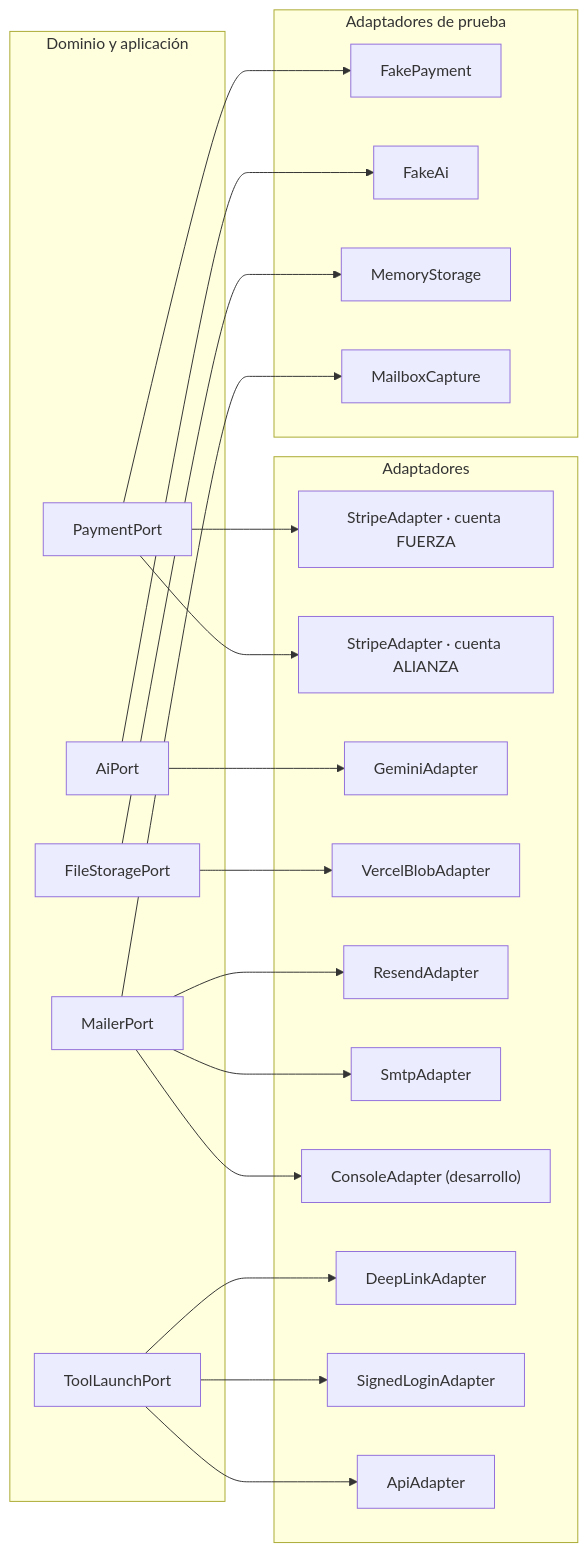
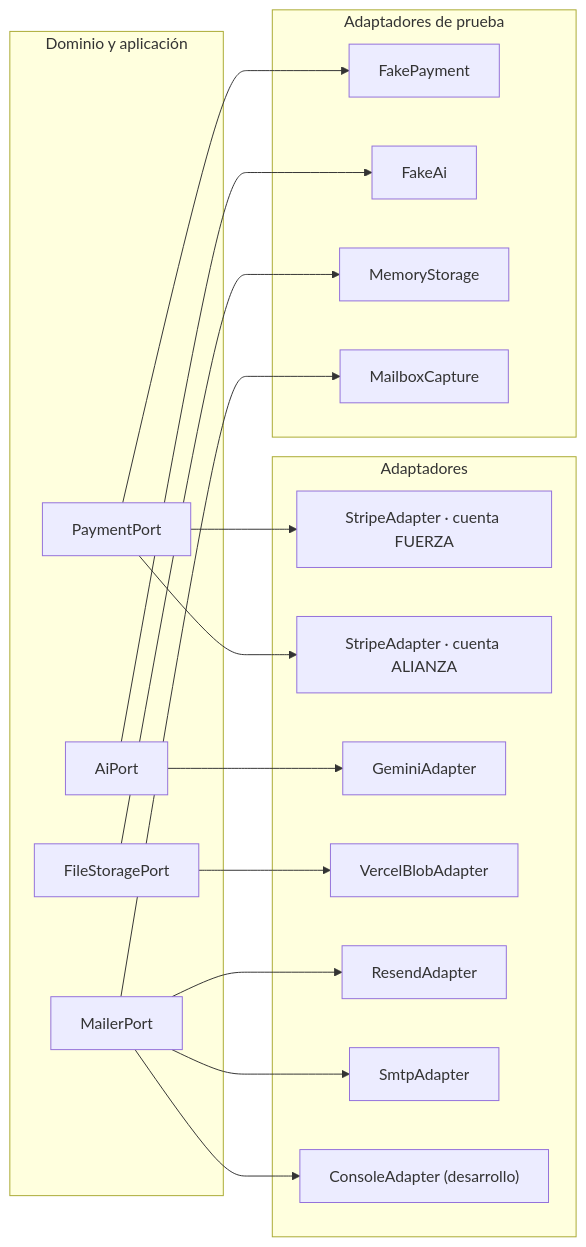
Before and after one commit to Alianza-Indigo/fuerza_indigo: the diagram in docs/INTEGRATIONS.md, drawn with Mermaid. The commit also changed other lines of this file and 63 other files, not shown here.

````diff
--- a/docs/INTEGRATIONS.md
+++ b/docs/INTEGRATIONS.md
@@ -11,33 +11,28 @@
 ```mermaid
 flowchart LR
     subgraph DOM["Dominio y aplicación"]
         PP["PaymentPort"]
         AP["AiPort"]
         FP["FileStoragePort"]
         MP["MailerPort"]
-        TP["ToolLaunchPort"]
     end
     subgraph ADP["Adaptadores"]
         S1["StripeAdapter · cuenta FUERZA"]
         S2["StripeAdapter · cuenta ALIANZA"]
         G1["GeminiAdapter"]
         B1["VercelBlobAdapter"]
         M1["ResendAdapter"]
         M2["SmtpAdapter"]
         M3["ConsoleAdapter (desarrollo)"]
-        T1["DeepLinkAdapter"]
-        T2["SignedLoginAdapter"]
-        T3["ApiAdapter"]
     end
     subgraph FAKE["Adaptadores de prueba"]
         F1["FakePayment"]
         F2["FakeAi"]
         F3["MemoryStorage"]
         F4["MailboxCapture"]
     end
     PP --> S1 & S2 & F1
     AP --> G1 & F2
     FP --> B1 & F3
     MP --> M1 & M2 & M3 & F4
-    TP --> T1 & T2 & T3
 ```
````
